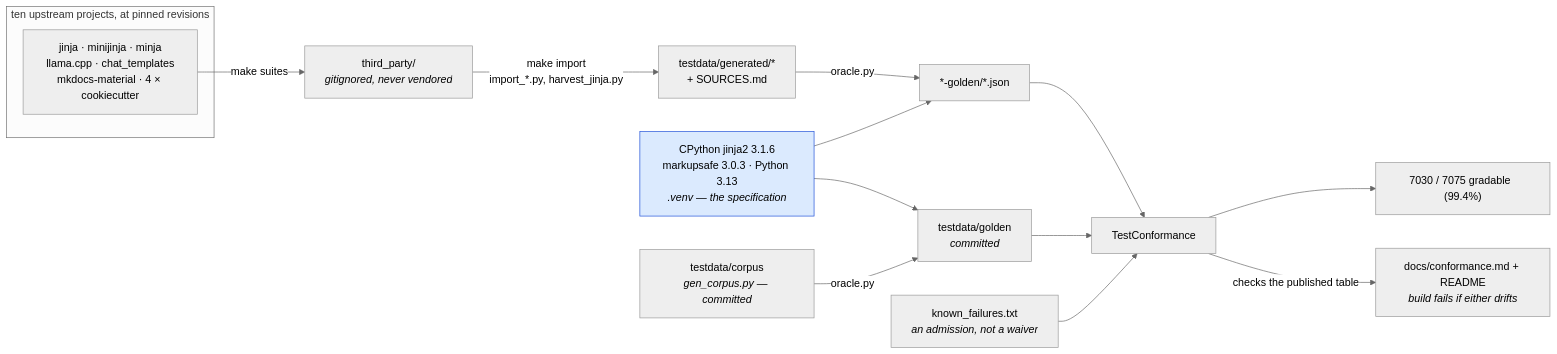
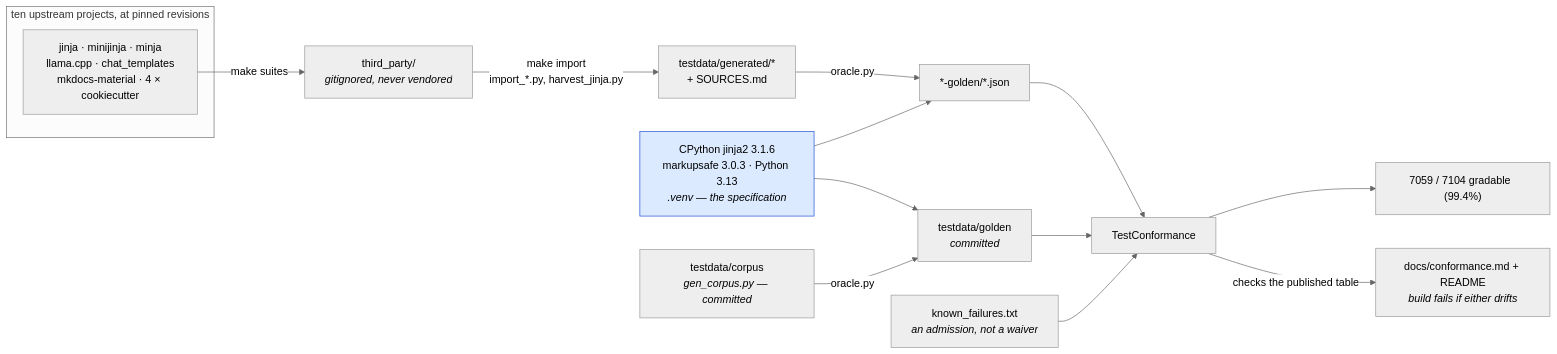
The first of 2 diagrams in docs/conformance.md (mgilbir/gojja2), drawn with Mermaid (neutral theme) before and after one commit. The commit also changed other lines of this file and 94 other files, not shown here.

````diff
--- a/docs/conformance.md
+++ b/docs/conformance.md
@@ -17,24 +17,24 @@
 ```mermaid
 flowchart LR
     subgraph up["ten upstream projects, at pinned revisions"]
         U1["jinja · minijinja · minja<br/>llama.cpp · chat_templates<br/>mkdocs-material · 4 × cookiecutter"]
     end
     U1 -->|"make suites"| TP["third_party/<br/><i>gitignored, never vendored</i>"]
     TP -->|"make import<br/>import_*.py, harvest_jinja.py"| GEN["testdata/generated/*<br/>+ SOURCES.md"]
 
     ORA["CPython jinja2 3.1.6<br/>markupsafe 3.0.3 · Python 3.13<br/><i>.venv — the specification</i>"]
     GEN -->|"oracle.py"| G2["*-golden/*.json"]
     ORA --> G2
 
     OWN["testdata/corpus<br/><i>gen_corpus.py — committed</i>"] -->|"oracle.py"| G1["testdata/golden<br/><i>committed</i>"]
     ORA --> G1
 
     G1 --> TC["TestConformance"]
     G2 --> TC
     KF["known_failures.txt<br/><i>an admission, not a waiver</i>"] --> TC
-    TC --> RATE["7030 / 7075 gradable  (99.4%)"]
+    TC --> RATE["7059 / 7104 gradable  (99.4%)"]
     TC -->|"checks the published table"| RM["docs/conformance.md + README<br/><i>build fails if either drifts</i>"]
 
     classDef spec fill:#dbeafe,stroke:#1d4ed8,color:#000
     class ORA spec
 ```
````
